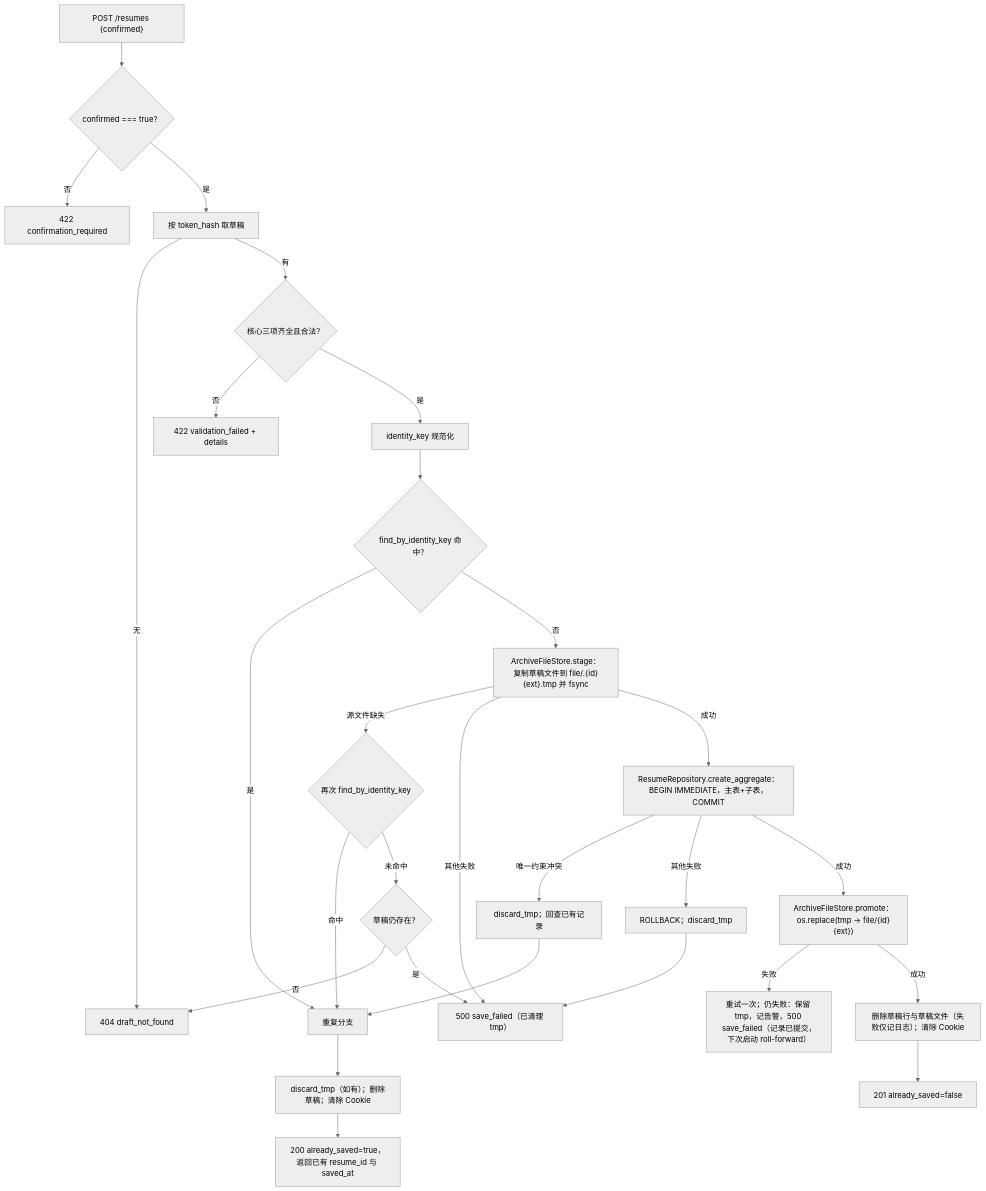
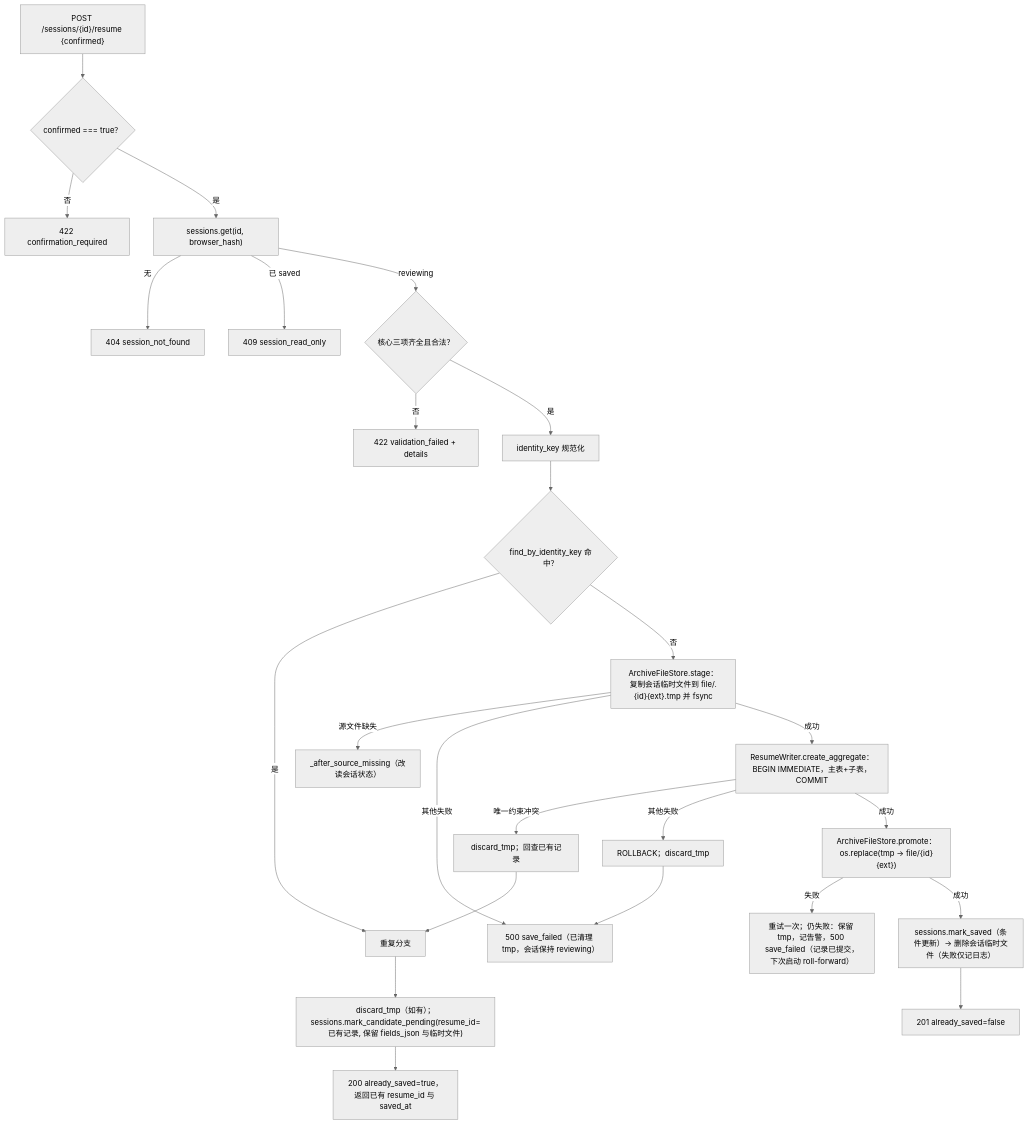
The seventh of 9 diagrams in backend-docs/HR_PR-1/04_design/design.md (Bohamnan/Loopforge-use-demo), drawn with Mermaid (neutral theme) before and after one commit. The commit also changed other lines of this file and 2 other files, not shown here.

````diff
--- a/backend-docs/HR_PR-1/04_design/design.md
+++ b/backend-docs/HR_PR-1/04_design/design.md
@@ -316,27 +384,24 @@
 ```mermaid
 flowchart TD
-    A["POST /resumes {confirmed}"] --> B{"confirmed === true？"}
+    A["POST /sessions/{id}/resume {confirmed}"] --> B{"confirmed === true？"}
     B -- 否 --> X1["422 confirmation_required"]
-    B -- 是 --> C["按 token_hash 取草稿"]
-    C -- 无 --> X2["404 draft_not_found"]
-    C -- 有 --> D{"核心三项齐全且合法？"}
+    B -- 是 --> C["sessions.get(id, browser_hash)"]
+    C -- 无 --> X2["404 session_not_found"]
+    C -- 已 saved --> X5["409 session_read_only"]
+    C -- reviewing --> D{"核心三项齐全且合法？"}
     D -- 否 --> X3["422 validation_failed + details"]
     D -- 是 --> E["identity_key 规范化"]
     E --> F{"find_by_identity_key 命中？"}
     F -- 是 --> DUP["重复分支"]
-    F -- 否 --> G["ArchiveFileStore.stage：复制草稿文件到 file/.{id}{ext}.tmp 并 fsync"]
-    G -- 源文件缺失 --> G2{"再次 find_by_identity_key"}
-    G2 -- 命中 --> DUP
-    G2 -- 未命中 --> G3{"草稿仍存在？"}
-    G3 -- 否 --> X2
-    G3 -- 是 --> X4["500 save_failed（已清理 tmp）"]
-    G -- 其他失败 --> X4
-    G -- 成功 --> H["ResumeRepository.create_aggregate：BEGIN IMMEDIATE，主表+子表，COMMIT"]
+    F -- 否 --> G["ArchiveFileStore.stage：复制会话临时文件到 file/.{id}{ext}.tmp 并 fsync"]
+    G -- 源文件缺失 --> G2["_after_source_missing（改读会话状态）"]
+    G -- 其他失败 --> X4["500 save_failed（已清理 tmp，会话保持 reviewing）"]
+    G -- 成功 --> H["ResumeWriter.create_aggregate：BEGIN IMMEDIATE，主表+子表，COMMIT"]
     H -- 唯一约束冲突 --> H2["discard_tmp；回查已有记录"] --> DUP
     H -- 其他失败 --> H3["ROLLBACK；discard_tmp"] --> X4
     H -- 成功 --> I["ArchiveFileStore.promote：os.replace(tmp → file/{id}{ext})"]
     I -- 失败 --> I2["重试一次；仍失败：保留 tmp，记告警，500 save_failed（记录已提交，下次启动 roll-forward）"]
-    I -- 成功 --> J["删除草稿行与草稿文件（失败仅记日志）；清除 Cookie"]
+    I -- 成功 --> J["sessions.mark_saved（条件更新）→ 删除会话临时文件（失败仅记日志）"]
     J --> OK["201 already_saved=false"]
-    DUP --> D2["discard_tmp（如有）；删除草稿；清除 Cookie"] --> OK2["200 already_saved=true，返回已有 resume_id 与 saved_at"]
+    DUP --> D2["discard_tmp（如有）；sessions.mark_candidate_pending(resume_id=已有记录, 保留 fields_json 与临时文件)"] --> OK2["200 already_saved=true，返回已有 resume_id 与 saved_at"]
 ```
````
